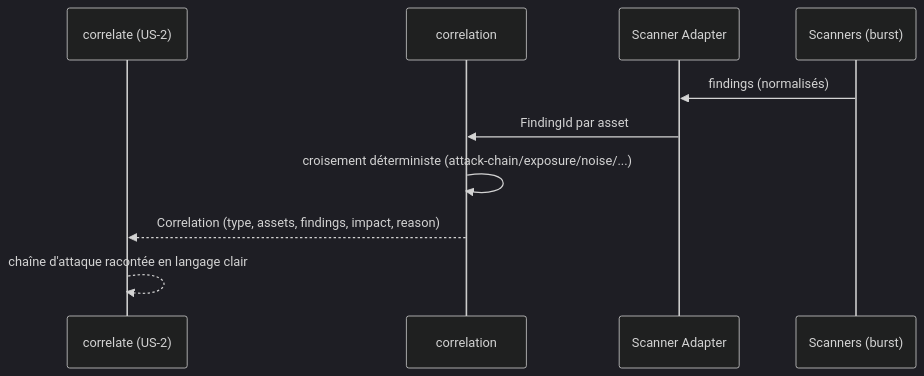
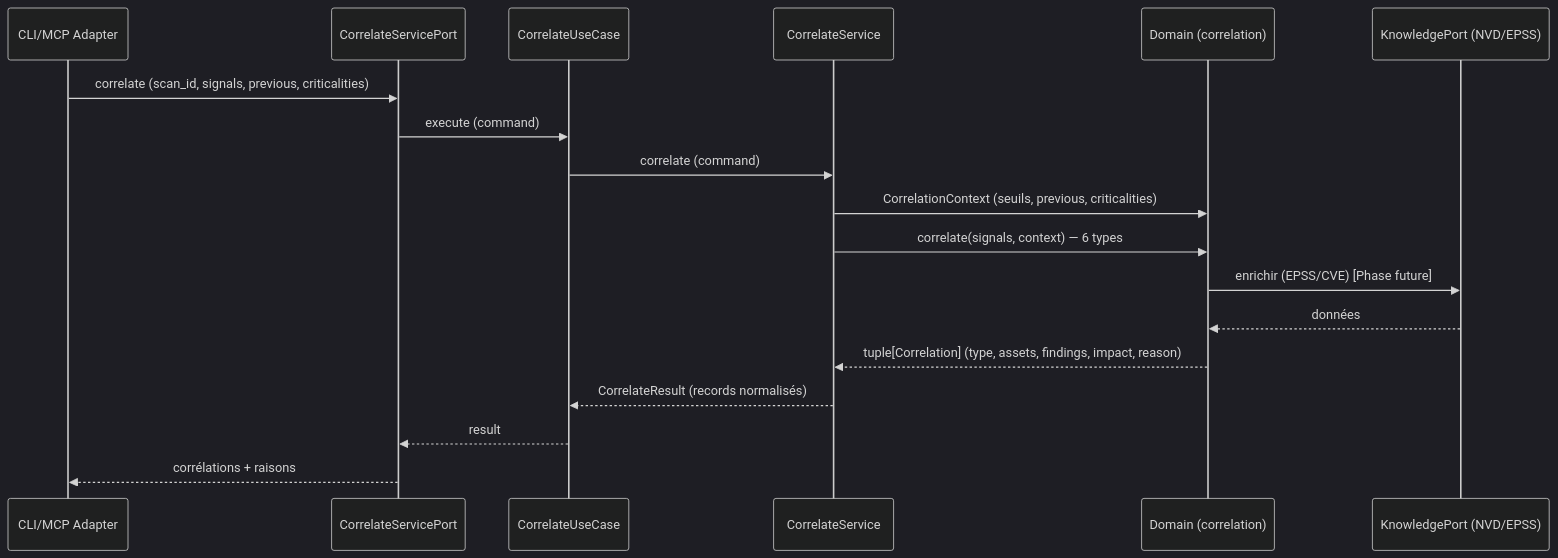
Before and after one commit to hexa-tools/hexa-sec: the diagram in docs/use-cases/US-2-correlate.md, drawn with Mermaid (dark theme). The commit also changed other lines of this file and 7 other files, not shown here.

Commit message:
add correlation findings

````diff
--- a/docs/use-cases/US-2-correlate.md
+++ b/docs/use-cases/US-2-correlate.md
@@ -8,13 +9,21 @@
 ```mermaid
 sequenceDiagram
-    participant Correlate as correlate (US-2)
-    participant Correlation as correlation
-    participant Normalize as Scanner Adapter
-    participant Scanner as Scanners (burst)
+    participant CLI as CLI/MCP Adapter
+    participant Port as CorrelateServicePort
+    participant UC as CorrelateUseCase
+    participant Svc as CorrelateService
+    participant Domain as Domain (correlation)
+    participant Knowledge as KnowledgePort (NVD/EPSS)
 
-    Scanner->>Normalize: findings (normalisés)
-    Normalize->>Correlation: FindingId par asset
-    Correlation->>Correlation: croisement déterministe (attack-chain/exposure/noise/...)
-    Correlation-->>Correlate: Correlation (type, assets, findings, impact, reason)
-    Correlate-->>Correlate: chaîne d'attaque racontée en langage clair
+    CLI->>Port: correlate (scan_id, signals, previous, criticalities)
+    Port->>UC: execute (command)
+    UC->>Svc: correlate (command)
+    Svc->>Domain: CorrelationContext (seuils, previous, criticalities)
+    Svc->>Domain: correlate(signals, context) — 6 types
+    Domain->>Knowledge: enrichir (EPSS/CVE) [Phase future]
+    Knowledge-->>Domain: données
+    Domain-->>Svc: tuple[Correlation] (type, assets, findings, impact, reason)
+    Svc-->>UC: CorrelateResult (records normalisés)
+    UC-->>Port: result
+    Port-->>CLI: corrélations + raisons
 ```
````
